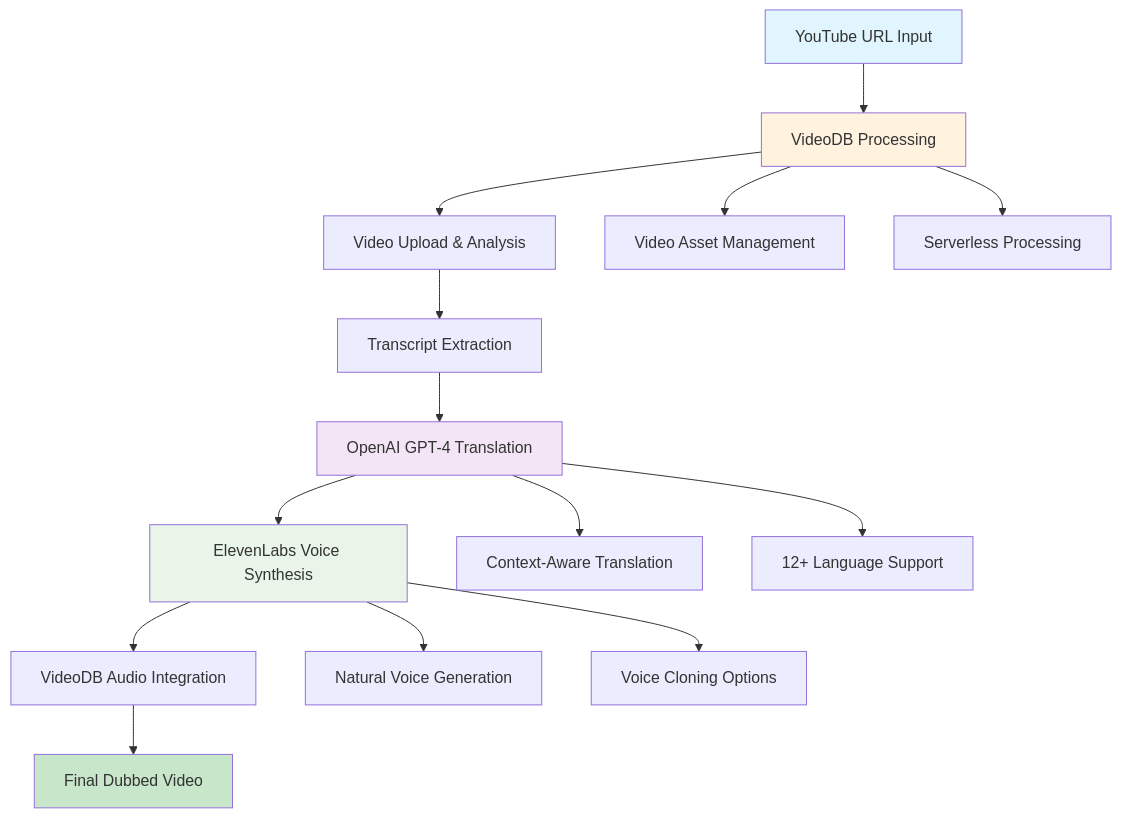
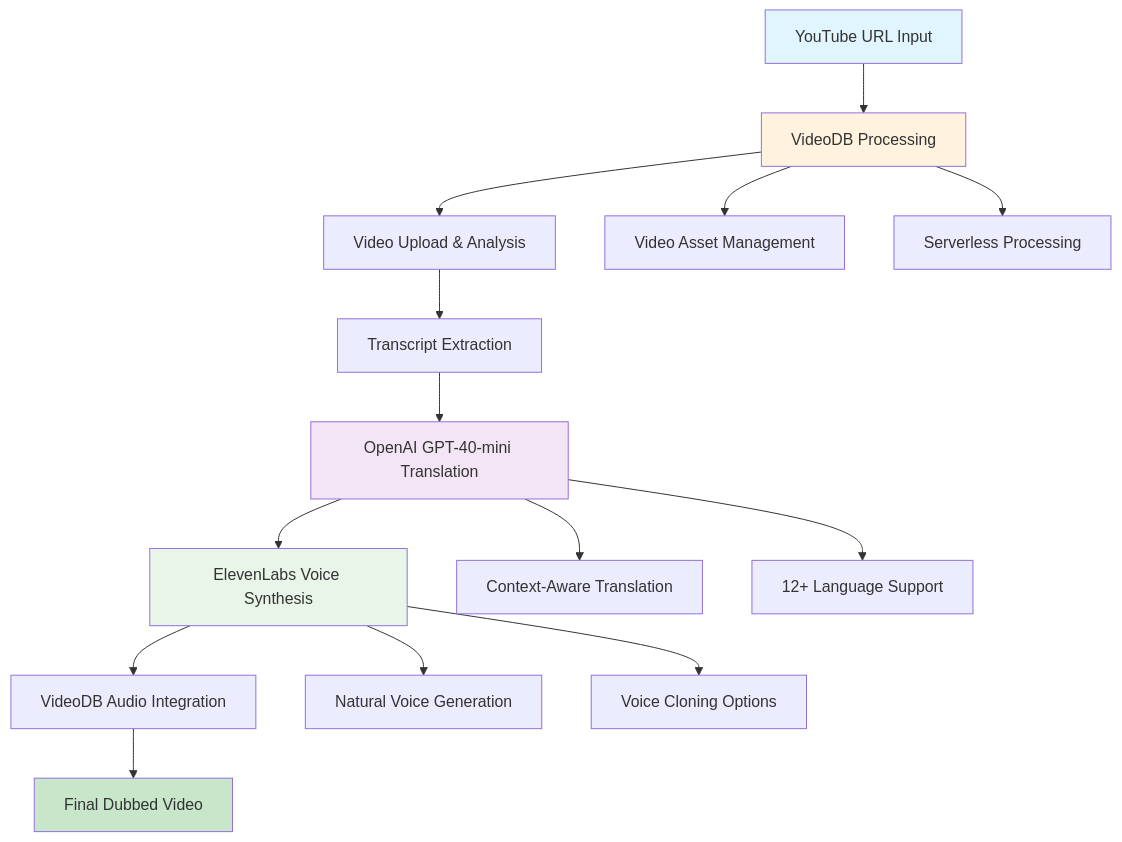
One commit to jasnaibrahim/AI-dubbing-system changed the diagram in README.md. Above: the diagram before and after it, drawn with Mermaid. The commit also changed other lines of this file, not shown here.

````diff
--- a/README.md
+++ b/README.md
@@ -55,25 +55,25 @@
 ```mermaid
 graph TD
     A[YouTube URL Input] --> B[VideoDB Processing]
     B --> C[Video Upload & Analysis]
     C --> D[Transcript Extraction]
-    D --> E[OpenAI GPT-4 Translation]
+    D --> E[OpenAI GPT-40-mini Translation]
     E --> F[ElevenLabs Voice Synthesis]
     F --> G[VideoDB Audio Integration]
     G --> H[Final Dubbed Video]
 
     B --> B1[Video Asset Management]
     B --> B2[Serverless Processing]
 
     E --> E1[Context-Aware Translation]
     E --> E2[12+ Language Support]
 
     F --> F1[Natural Voice Generation]
     F --> F2[Voice Cloning Options]
 
     style A fill:#e1f5fe
     style H fill:#c8e6c9
     style B fill:#fff3e0
     style E fill:#f3e5f5
     style F fill:#e8f5e8
 ```
````
